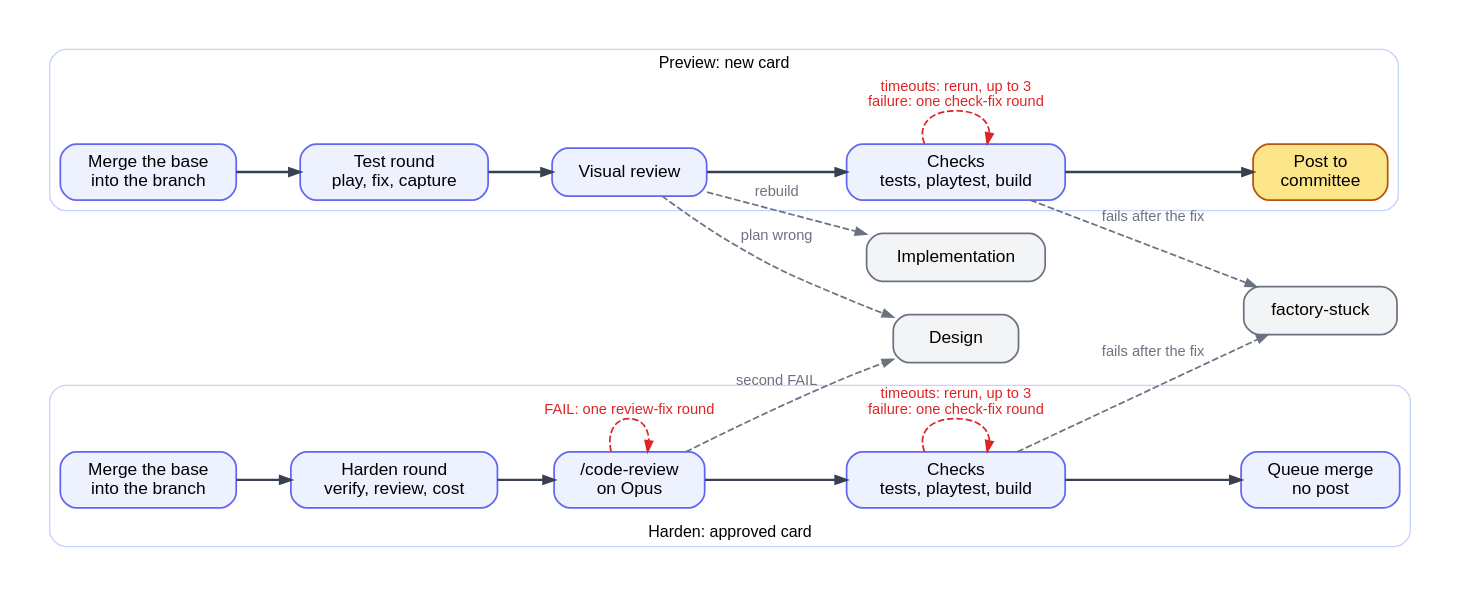
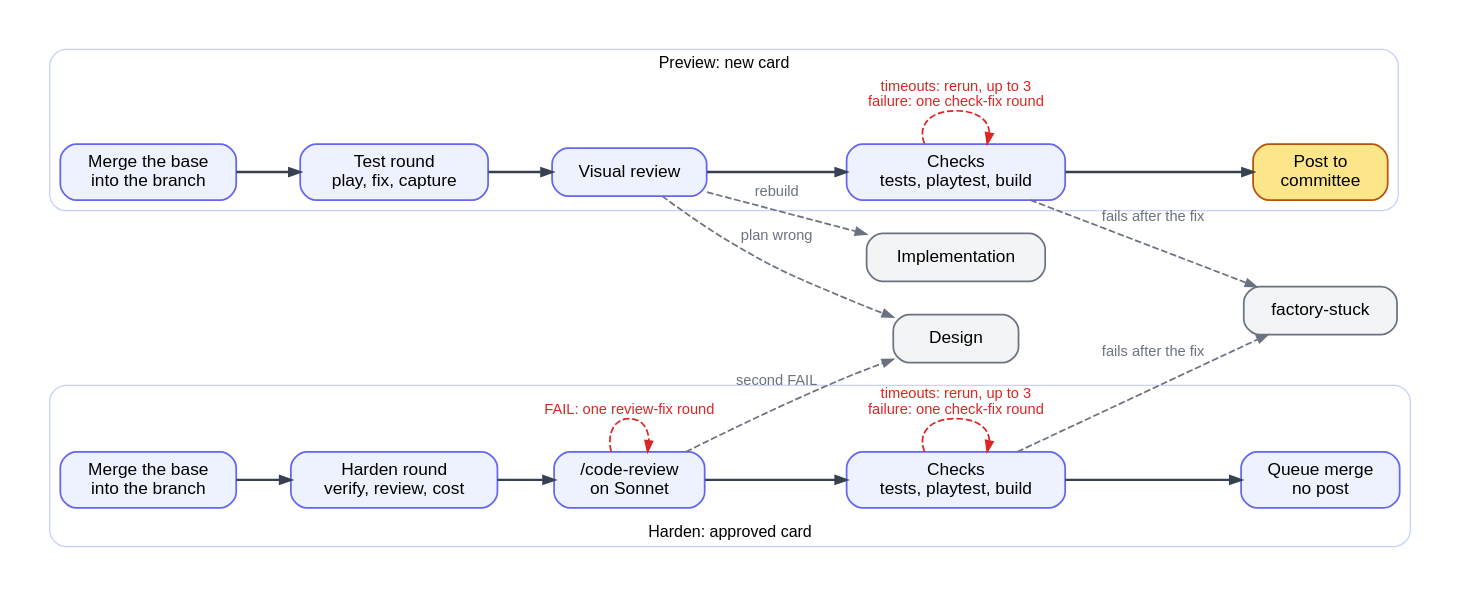
One commit to btseytlin/road-machiners changed the diagram in factory/docs/diagrams/testing.dot. Above: the diagram before and after it, drawn with Graphviz. The commit also changed 26 other files, not shown here.

First line of the commit message:
Factory docs match main: Sonnet testing and review, Opus candidate, status tools

```diff
--- a/factory/docs/diagrams/testing.dot
+++ b/factory/docs/diagrams/testing.dot
@@ -1,31 +1,31 @@
 // Testing column. Two lines: preview before the committee plays, harden after it approves. Red: loops back. Grey: leaves Testing.
 digraph testing {
   rankdir=LR; nodesep=0.35; ranksep=0.55; bgcolor=white; pad=0.3;
   node [shape=box, style="rounded,filled", fillcolor="#eef2ff", color="#6366f1", fontname="Helvetica", fontsize=13, margin="0.2,0.1", penwidth=1.3, width=1.3];
   edge [color="#374151", penwidth=1.8, arrowsize=0.8, fontname="Helvetica", fontsize=11];
   subgraph cluster_preview {
     label="Preview: new card"; fontname="Helvetica"; fontsize=12; color="#c7d2fe"; style=rounded;
     PM [label="Merge the base\ninto the branch"]; PT [label="Test round\nplay, fix, capture"]; PV [label="Visual review"];
     PC [label="Checks\ntests, playtest, build"]; PP [label="Post to\ncommittee", fillcolor="#fde68a", color="#b45309"];
     PM -> PT -> PV -> PC -> PP [weight=100];
   }
   subgraph cluster_harden {
     label="Harden: approved card"; labelloc=b; fontname="Helvetica"; fontsize=12; color="#c7d2fe"; style=rounded;
-    HM [label="Merge the base\ninto the branch"]; HH [label="Harden round\nverify, review, cost"]; HR [label="/code-review\non Opus"];
+    HM [label="Merge the base\ninto the branch"]; HH [label="Harden round\nverify, review, cost"]; HR [label="/code-review\non Sonnet"];
     HC [label="Checks\ntests, playtest, build"]; HQ [label="Queue merge\nno post"];
     HM -> HH -> HR -> HC -> HQ [weight=100];
   }
   XI [label="Implementation", fillcolor="#f3f4f6", color="#6b7280"];
   XD [label="Design", fillcolor="#f3f4f6", color="#6b7280"];
   XS [label="factory-stuck", fillcolor="#f3f4f6", color="#6b7280"];
   edge [color="#dc2626", fontcolor="#dc2626", style=dashed, penwidth=1.3];
   PC -> PC [label="timeouts: rerun, up to 3\nfailure: one check-fix round"];
   HC -> HC [label="timeouts: rerun, up to 3\nfailure: one check-fix round"];
   HR -> HR [label="FAIL: one review-fix round"];
   edge [color="#6b7280", fontcolor="#6b7280"];
   PV -> XI [label="rebuild"];
   PV -> XD [label="plan wrong"];
   HR -> XD [label="second FAIL"];
   PC -> XS [label="fails after the fix"];
   HC -> XS [label="fails after the fix"];
 }
```
